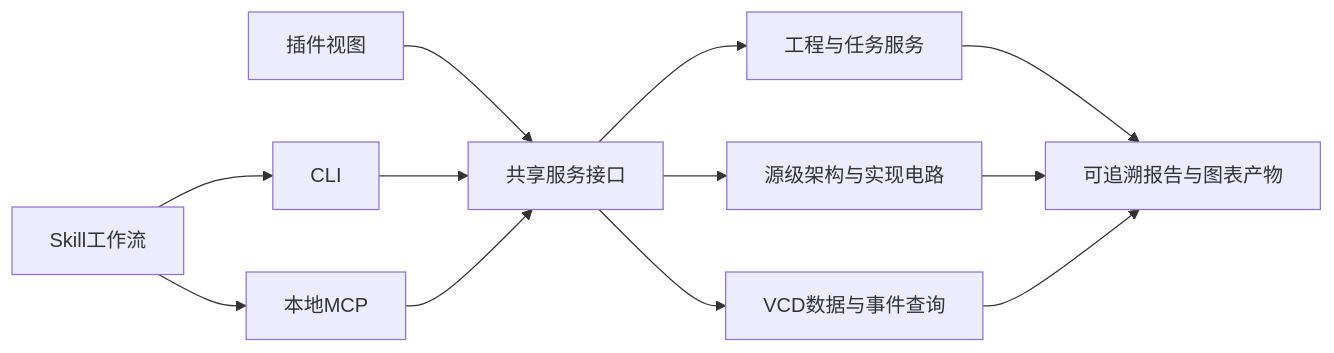
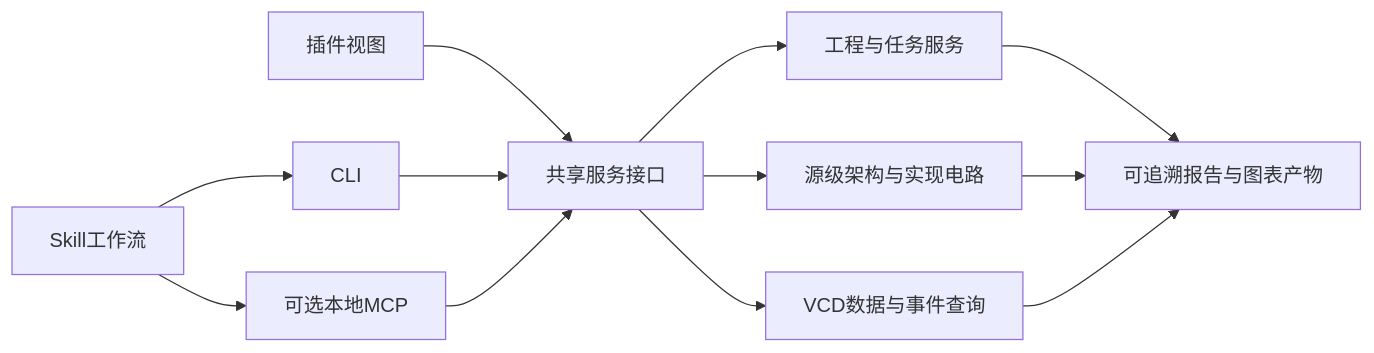
The diagram in docs/V4_2_PLAN.md (JayceVane/SV-Tools), drawn with Mermaid before and after one commit. The commit also changed other lines of this file and 1 other file, not shown here.

Commit message:
docs(roadmap): 明确4.2的CLI优先交付路线

````diff
--- a/docs/V4_2_PLAN.md
+++ b/docs/V4_2_PLAN.md
@@ -17,14 +17,14 @@
 ```mermaid
 flowchart LR
     IDE[插件视图] --> API[共享服务接口]
     CLI[CLI] --> API
-    MCP[本地MCP] --> API
+    MCP[可选本地MCP] --> API
     Skill[Skill工作流] --> CLI
     Skill --> MCP
     API --> Project[工程与任务服务]
     API --> Design[源级架构与实现电路]
     API --> Wave[VCD数据与事件查询]
     Project --> Evidence[可追溯报告与图表产物]
     Design --> Evidence
     Wave --> Evidence
 ```
````
